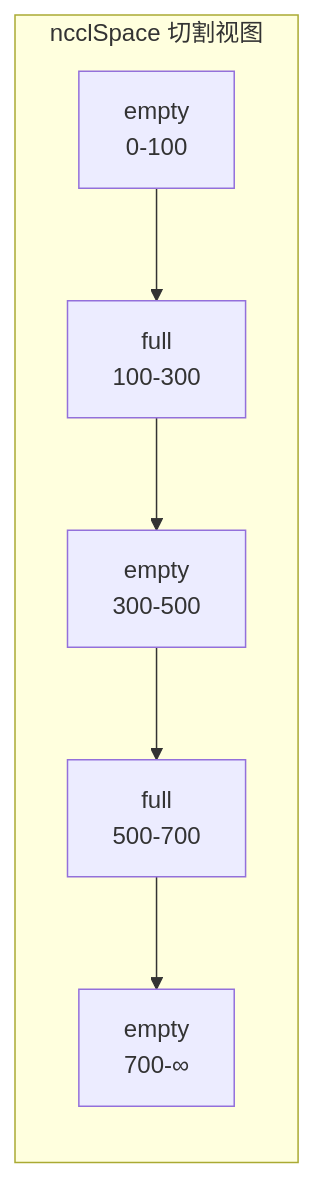
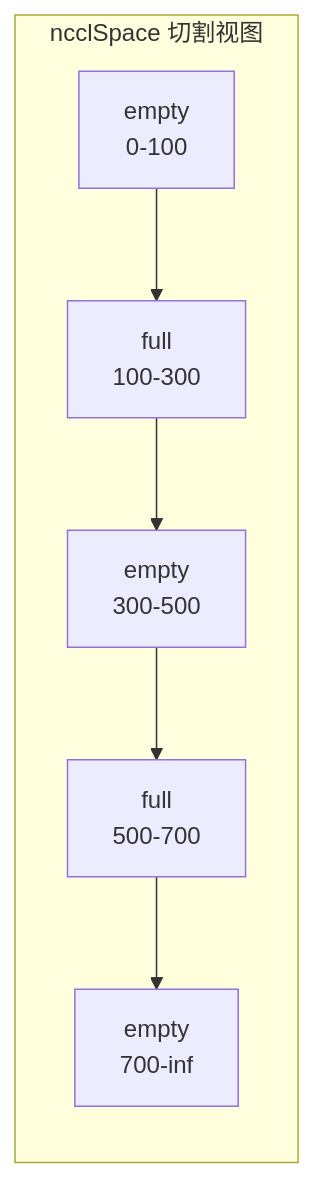
Before and after one commit to s0okiym/share: the sixth of 7 diagrams in dd_nccl_glm5.1/09-memory-management.md, drawn with Mermaid. The commit also changed other lines of this file and 19 other files, not shown here.

````diff
--- a/dd_nccl_glm5.1/09-memory-management.md
+++ b/dd_nccl_glm5.1/09-memory-management.md
@@ -195,6 +186,6 @@
 ```mermaid
 flowchart LR
     subgraph "ncclSpace 切割视图"
-        E1["empty\n0-100"] --> F1["full\n100-300"] --> E2["empty\n300-500"] --> F2["full\n500-700"] --> E3["empty\n700-∞"]
+        E1["empty\n0-100"] --> F1["full\n100-300"] --> E2["empty\n300-500"] --> F2["full\n500-700"] --> E3["empty\n700-inf"]
     end
 ```
````
